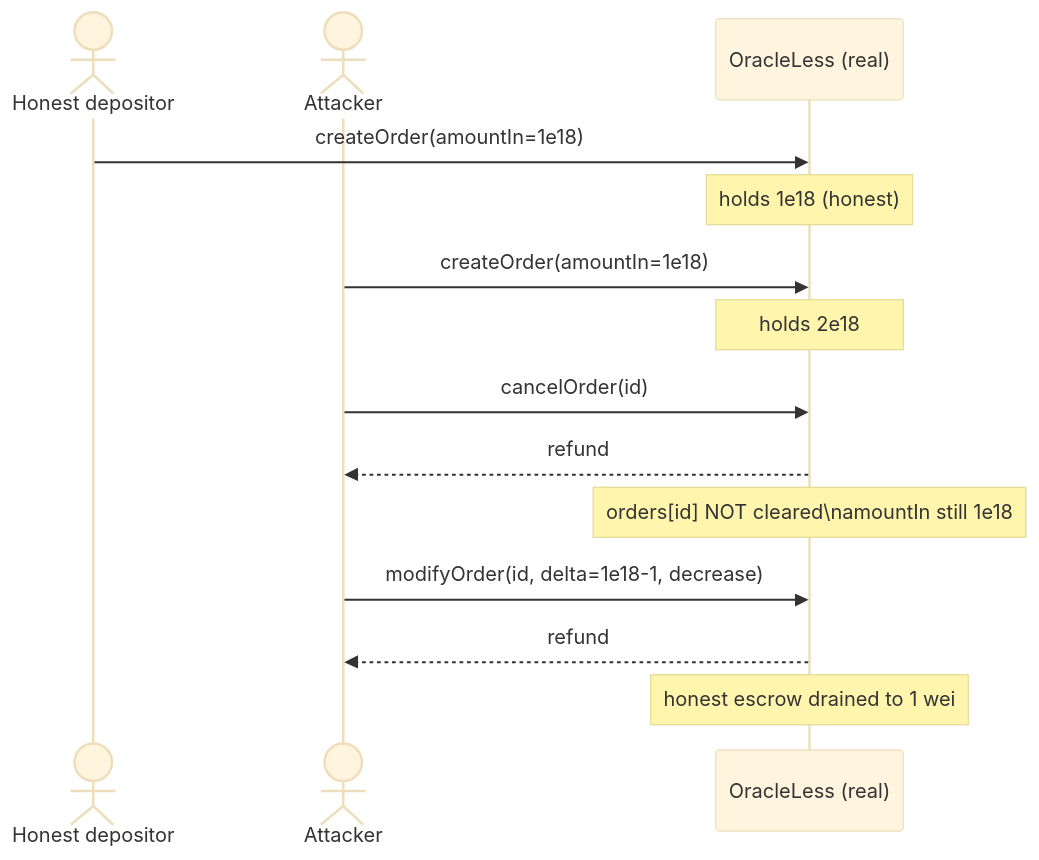
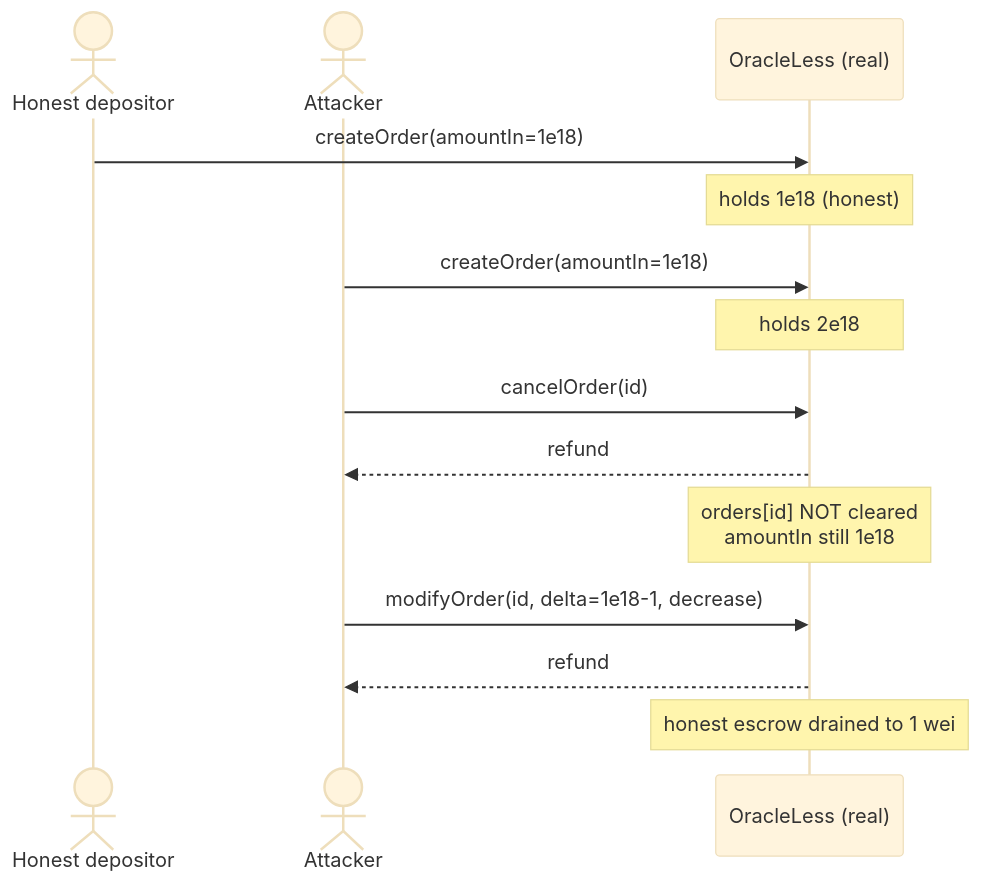
One commit to sanbir/evm-hack-registry changed the diagram in 44374-h-4-users-can-modify-a-cancelled-order-withdrawing-the-same_exp/44374-h-4-users-can-modify-a-cancelled-order-withdrawing-the-same_exp.md. Above: the diagram before and after it, drawn with Mermaid (base theme). The commit also changed 23 other files, not shown here.

````diff
--- a/44374-h-4-users-can-modify-a-cancelled-order-withdrawing-the-same_exp/44374-h-4-users-can-modify-a-cancelled-order-withdrawing-the-same_exp.md
+++ b/44374-h-4-users-can-modify-a-cancelled-order-withdrawing-the-same_exp/44374-h-4-users-can-modify-a-cancelled-order-withdrawing-the-same_exp.md
@@ -52,16 +52,16 @@
 ```mermaid
 sequenceDiagram
     actor Honest as Honest depositor
     actor Att as Attacker
     participant OL as OracleLess (real)
     Honest->>OL: createOrder(amountIn=1e18)
     Note over OL: holds 1e18 (honest)
     Att->>OL: createOrder(amountIn=1e18)
     Note over OL: holds 2e18
     Att->>OL: cancelOrder(id)
     OL-->>Att: refund #1 = 1e18
-    Note over OL: orders[id] NOT cleared\namountIn still 1e18
+    Note over OL: orders[id] NOT cleared<br/>amountIn still 1e18
     Att->>OL: modifyOrder(id, delta=1e18-1, decrease)
     OL-->>Att: refund #2 = 1e18-1
     Note over OL: honest escrow drained to 1 wei
 ```
````
